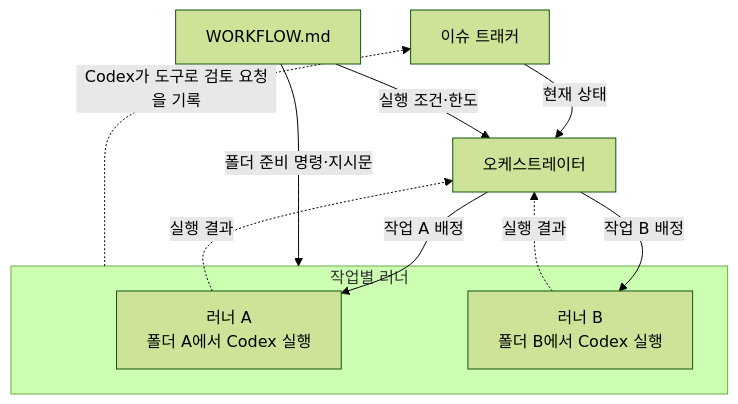
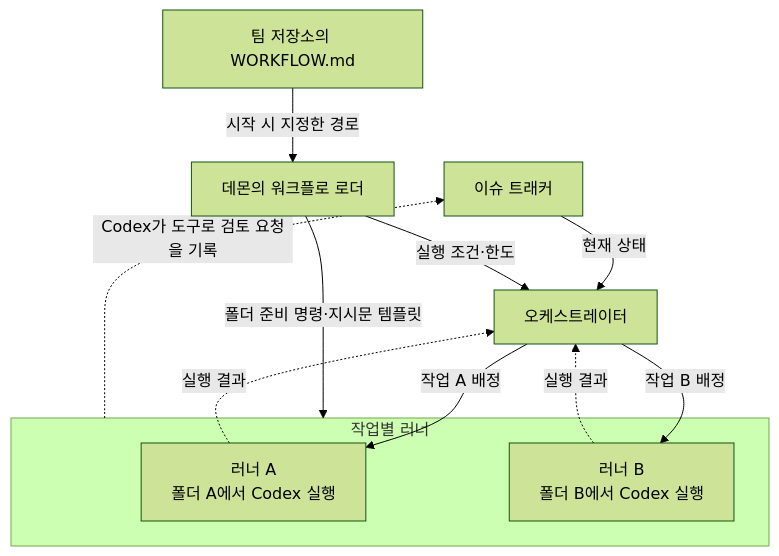
Before and after one commit to haandol/haandol.github.com: the first of 3 diagrams in _posts/2026-11-24-openai-symphony-issue-workflow.md, drawn with Mermaid (forest theme). The commit also changed other lines of this file and 2 other files, not shown here.

Commit message:
docs: explain Symphony workflow loading and production operations

````diff
--- a/_posts/2026-11-24-openai-symphony-issue-workflow.md
+++ b/_posts/2026-11-24-openai-symphony-issue-workflow.md
@@ -48,15 +52,16 @@
 ```mermaid
 flowchart TD
     T["이슈 트래커"] -->|"현재 상태"| O["오케스트레이터"]
-    W["WORKFLOW.md"] -->|"실행 조건·한도"| O
+    W["팀 저장소의 WORKFLOW.md"] -->|"시작 시 지정한 경로"| L["데몬의 워크플로 로더"]
+    L -->|"실행 조건·한도"| O
     subgraph R["작업별 러너"]
         A["러너 A<br/>폴더 A에서 Codex 실행"]
         B["러너 B<br/>폴더 B에서 Codex 실행"]
     end
-    W -->|"폴더 준비 명령·지시문"| R
+    L -->|"폴더 준비 명령·지시문 템플릿"| R
     O -->|"작업 A 배정"| A
     O -->|"작업 B 배정"| B
     A -.->|"실행 결과"| O
     B -.->|"실행 결과"| O
     R -.->|"Codex가 도구로 검토 요청을 기록"| T
 ```
````
